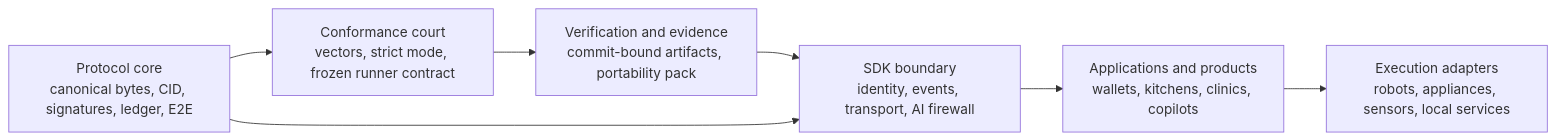
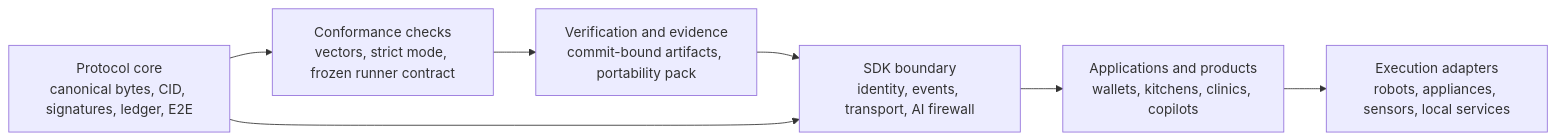
One commit to IvGolovach/grain-protocol changed the diagram in docs/human/future-vision.md. Above: the diagram before and after it, drawn with Mermaid. The commit also changed other lines of this file and 40 other files, not shown here.

````diff
--- a/docs/human/future-vision.md
+++ b/docs/human/future-vision.md
@@ -46,12 +46,12 @@
 ```mermaid
 flowchart LR
     P["Protocol core\ncanonical bytes, CID, signatures, ledger, E2E"]
-    C["Conformance court\nvectors, strict mode, frozen runner contract"]
+    C["Conformance checks\nvectors, strict mode, frozen runner contract"]
     V["Verification and evidence\ncommit-bound artifacts, portability pack"]
     S["SDK boundary\nidentity, events, transport, AI firewall"]
     A["Applications and products\nwallets, kitchens, clinics, copilots"]
     X["Execution adapters\nrobots, appliances, sensors, local services"]
 
     P --> C --> V --> S --> A --> X
     P --> S
 ```
````
